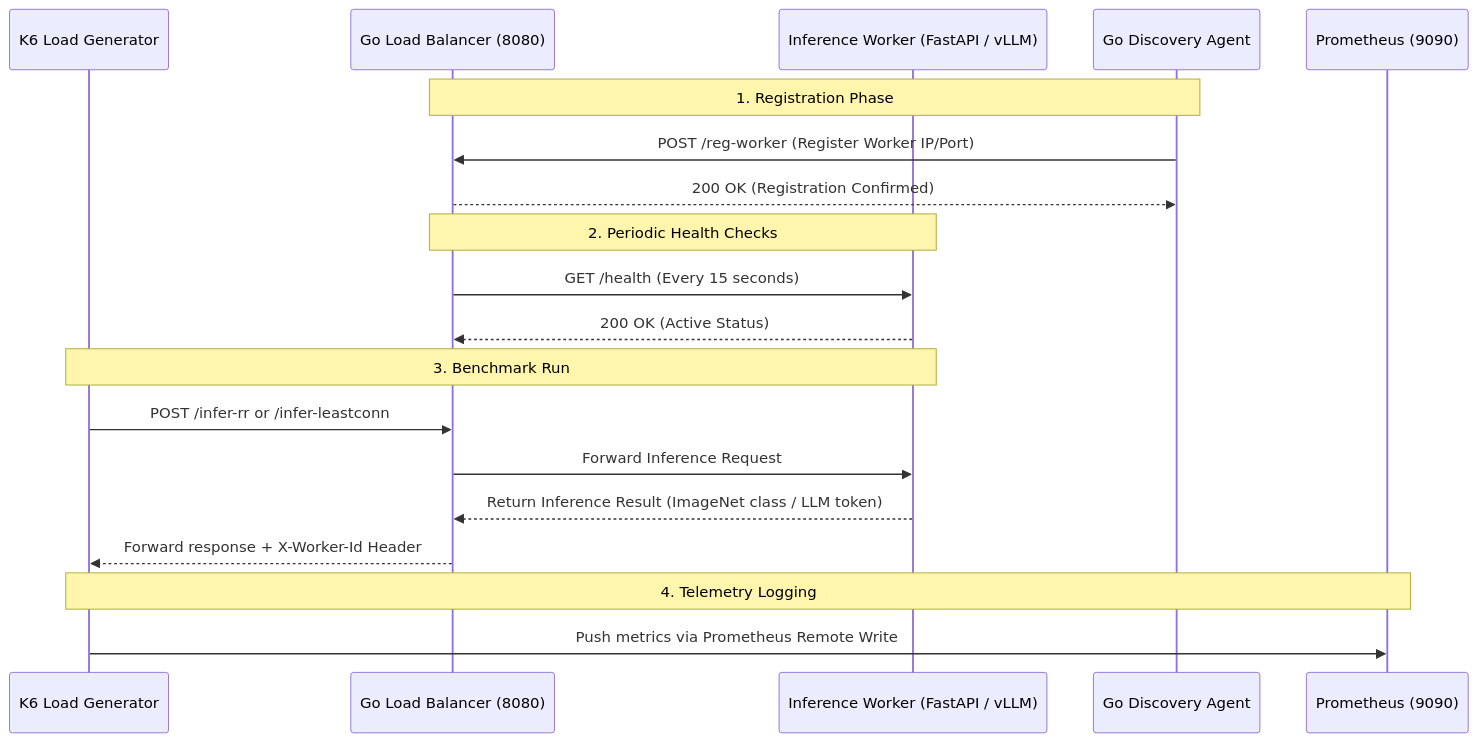
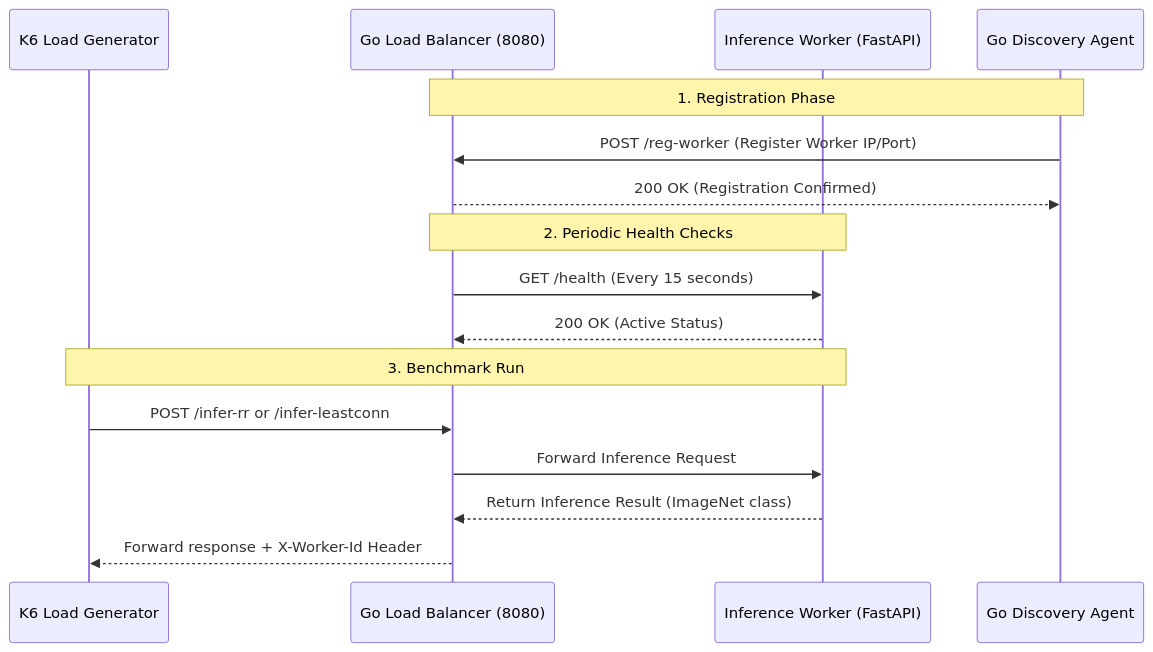
Before and after one commit to mazksr/nn-scheduling: the diagram in README.md, drawn with Mermaid. The commit also changed other lines of this file and 7 other files, not shown here.

````diff
--- a/README.md
+++ b/README.md
@@ -9,29 +9,24 @@
 ```mermaid
 sequenceDiagram
     participant Client as K6 Load Generator
     participant LB as Go Load Balancer (8080)
-    participant Worker as Inference Worker (FastAPI / vLLM)
+    participant Worker as Inference Worker (FastAPI)
     participant Agent as Go Discovery Agent
-    participant Prom as Prometheus (9090)
 
     %% Registration Flow
     Note over LB, Agent: 1. Registration Phase
     Agent->>LB: POST /reg-worker (Register Worker IP/Port)
     LB-->>Agent: 200 OK (Registration Confirmed)
     
     %% Health Check Flow
     Note over LB, Worker: 2. Periodic Health Checks
     LB->>Worker: GET /health (Every 15 seconds)
     Worker-->>LB: 200 OK (Active Status)
 
     %% Request/Inference Flow
     Note over Client, Worker: 3. Benchmark Run
     Client->>LB: POST /infer-rr or /infer-leastconn
     LB->>Worker: Forward Inference Request
-    Worker-->>LB: Return Inference Result (ImageNet class / LLM token)
+    Worker-->>LB: Return Inference Result (ImageNet class)
     LB-->>Client: Forward response + X-Worker-Id Header
-    
-    %% Real-time Metrics Stream
-    Note over Client, Prom: 4. Telemetry Logging
-    Client->>Prom: Push metrics via Prometheus Remote Write
 ```
````
